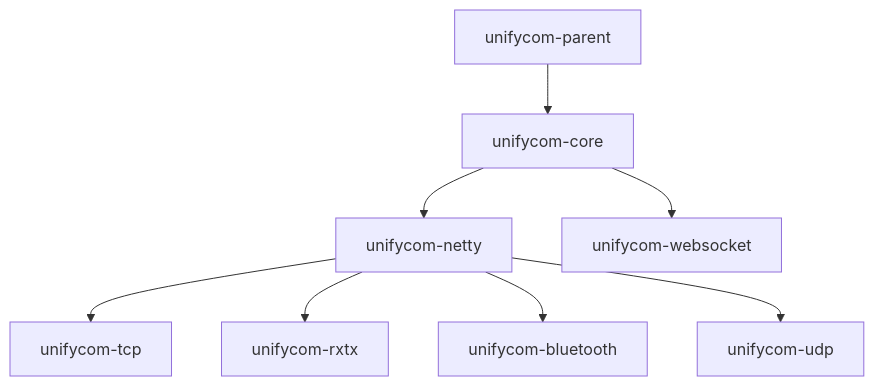
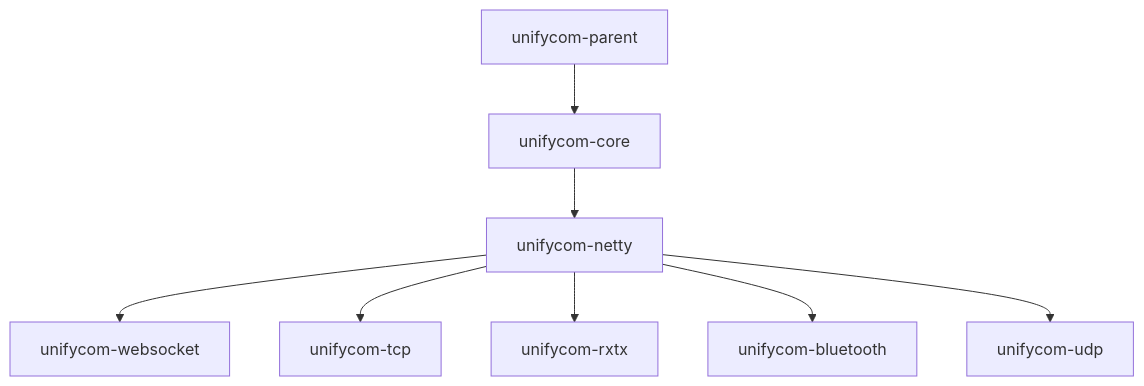
Before and after one commit to Unifycom/Unifycom: the diagram in README.md, drawn with Mermaid. The commit also changed other lines of this file, not shown here.

Commit message:
docs: fix unifycom-websocket dependency in module graph

````diff
--- a/README.md
+++ b/README.md
@@ -36,10 +36,10 @@
 ```mermaid
 graph TD
     A[unifycom-parent] --> B[unifycom-core]
     B --> C[unifycom-netty]
-    B --> H[unifycom-websocket]
+    C --> H[unifycom-websocket]
     C --> D[unifycom-tcp]
     C --> E[unifycom-rxtx]
     C --> F[unifycom-bluetooth]
     C --> G[unifycom-udp]
 ```
````
